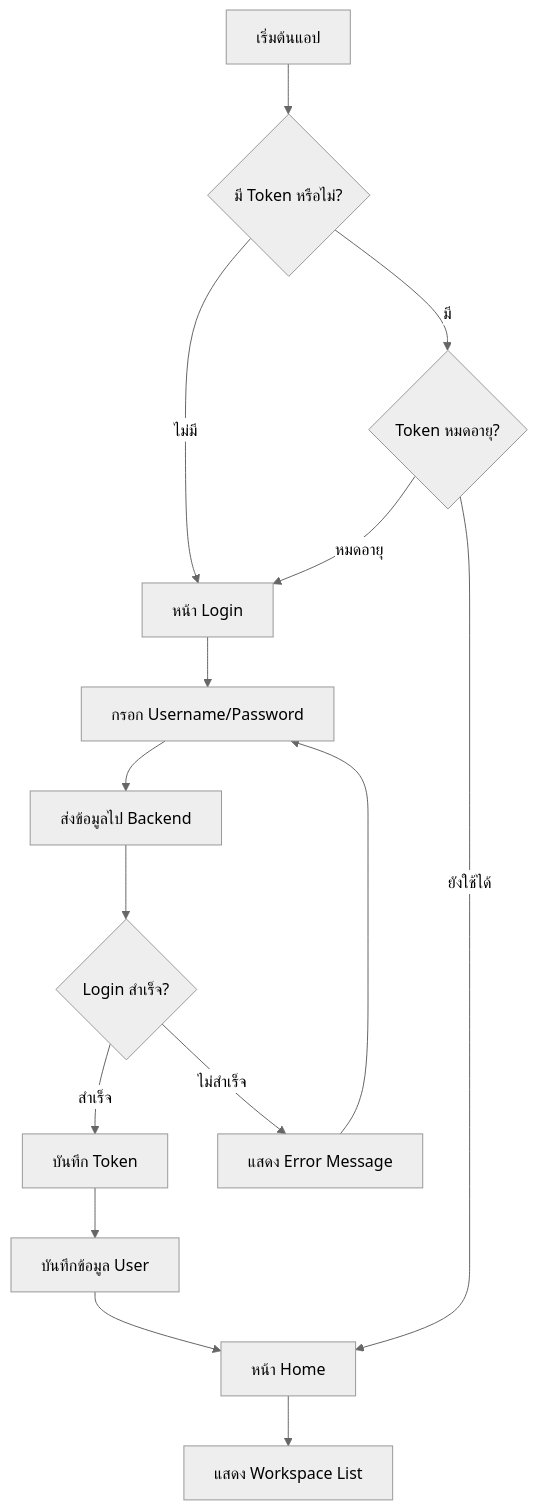
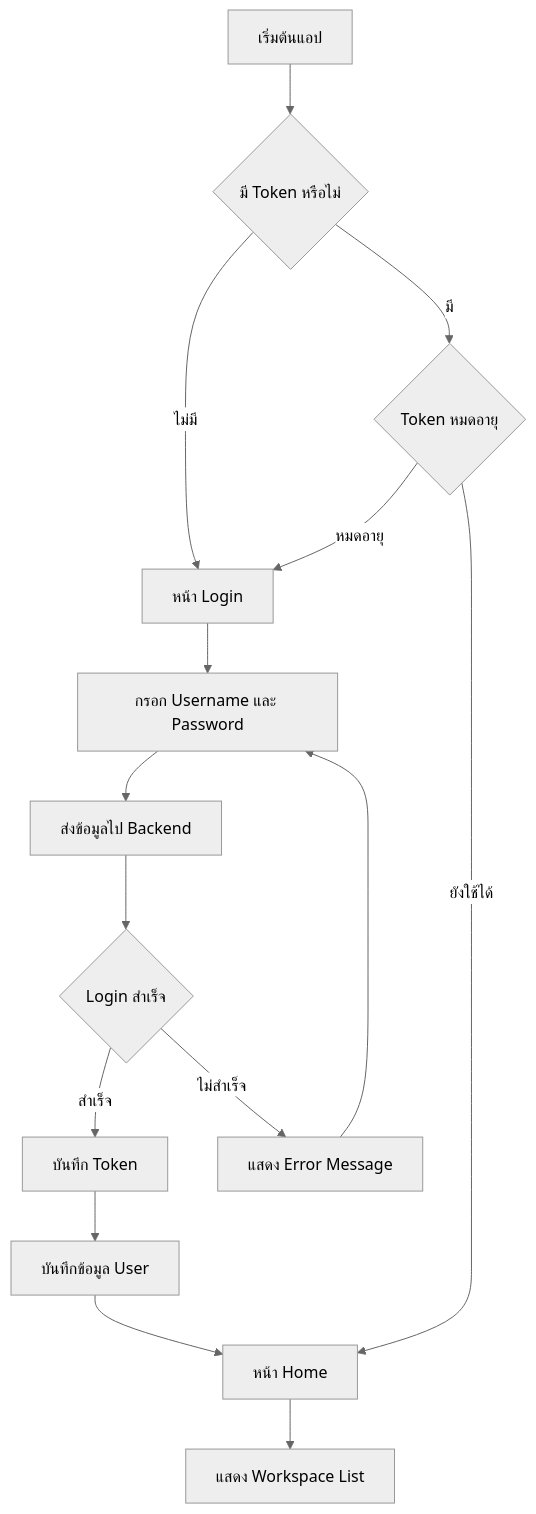
One commit to thisadee2897/intern_app changed the first of 8 diagrams in flowchart.md. Above: the diagram before and after it, drawn with Mermaid (neutral theme). The commit also changed other lines of this file and 11 other files, not shown here.

````diff
--- a/flowchart.md
+++ b/flowchart.md
@@ -8,19 +8,19 @@
 ```mermaid
 flowchart TD
-    A[เริ่มต้นแอป] --> B{มี Token หรือไม่?}
+    A[เริ่มต้นแอป] --> B{มี Token หรือไม่}
     B -->|ไม่มี| C[หน้า Login]
-    B -->|มี| D{Token หมดอายุ?}
+    B -->|มี| D{Token หมดอายุ}
     D -->|หมดอายุ| C
     D -->|ยังใช้ได้| E[หน้า Home]
     
-    C --> F[กรอก Username/Password]
+    C --> F[กรอก Username และ Password]
     F --> G[ส่งข้อมูลไป Backend]
-    G --> H{Login สำเร็จ?}
+    G --> H{Login สำเร็จ}
     H -->|สำเร็จ| I[บันทึก Token]
     H -->|ไม่สำเร็จ| J[แสดง Error Message]
     J --> F
     I --> K[บันทึกข้อมูล User]
     K --> E
     
     E --> L[แสดง Workspace List]
 ```
````
